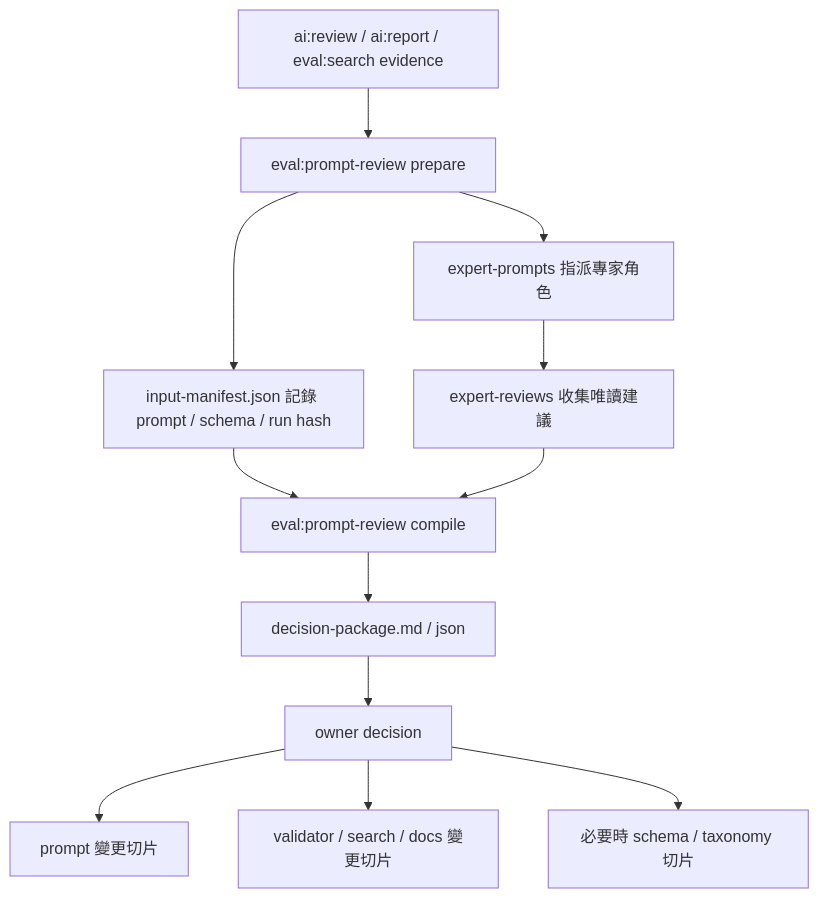
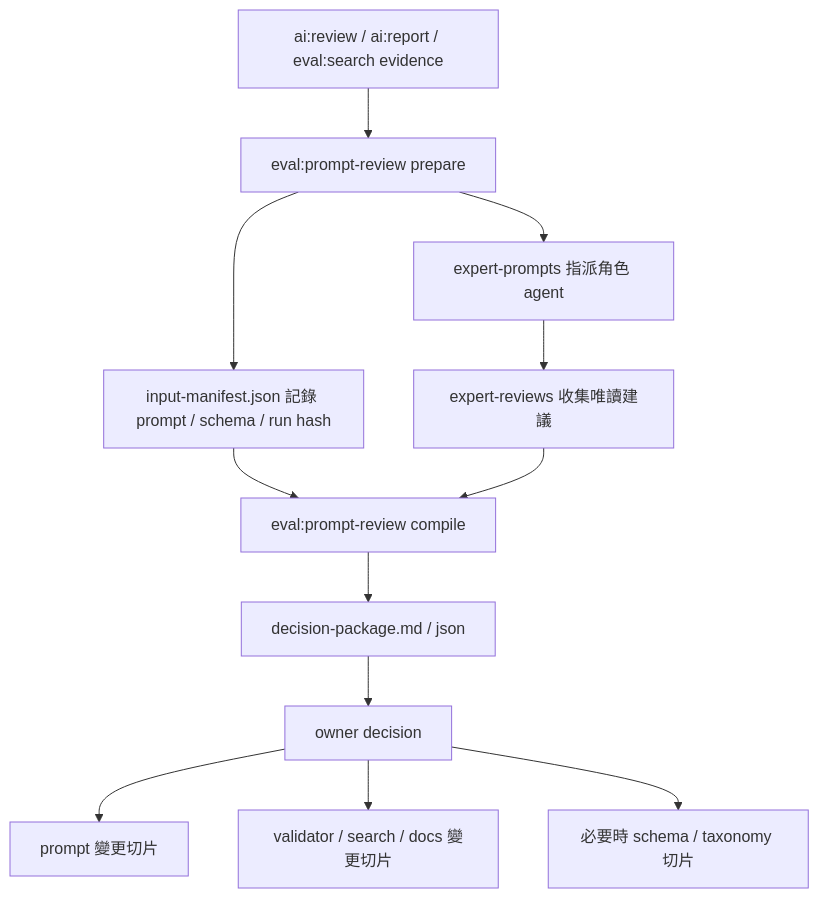
One commit to sitcon-tw/flickr-photo-finder changed the diagram in docs/ai-labeling-prompt-expert-review.md. Above: the diagram before and after it, drawn with Mermaid. The commit also changed other lines of this file and 2 other files, not shown here.

````diff
--- a/docs/ai-labeling-prompt-expert-review.md
+++ b/docs/ai-labeling-prompt-expert-review.md
@@ -15,14 +15,14 @@
 ```mermaid
 flowchart TD
   A["ai:review / ai:report / eval:search evidence"] --> B["eval:prompt-review prepare"]
   B --> C["input-manifest.json 記錄 prompt / schema / run hash"]
-  B --> D["expert-prompts 指派專家角色"]
+  B --> D["expert-prompts 指派角色 agent"]
   D --> E["expert-reviews 收集唯讀建議"]
   C --> F["eval:prompt-review compile"]
   E --> F
   F --> G["decision-package.md / json"]
   G --> H["owner decision"]
   H --> I["prompt 變更切片"]
   H --> J["validator / search / docs 變更切片"]
   H --> K["必要時 schema / taxonomy 切片"]
 ```
````
